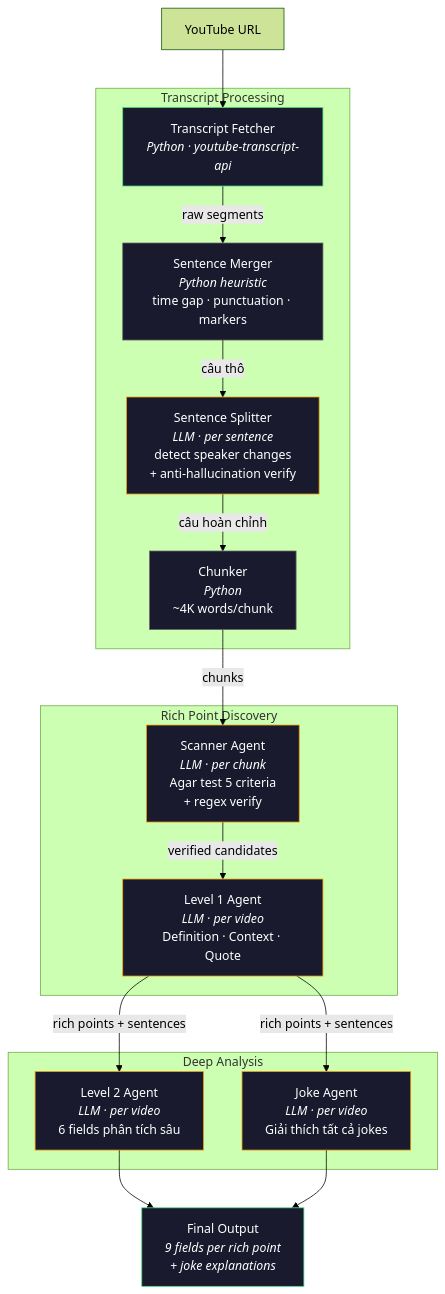
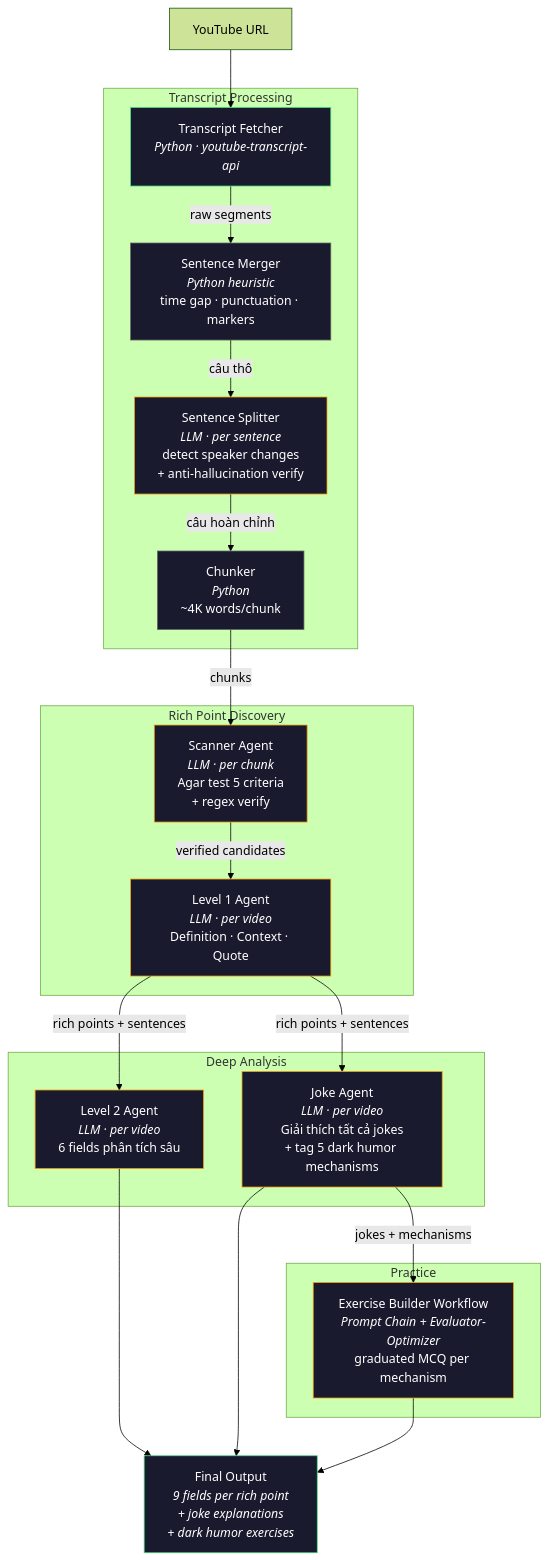
The diagram in readme.md (vietbach178-vn/ViVii-Agents), drawn with Mermaid (forest theme) before and after one commit. The commit also changed other lines of this file and 10 other files, not shown here.

First line of the commit message:
Add Exercise Builder Workflow for dark humor practice MCQs

````diff
--- a/readme.md
+++ b/readme.md
@@ -9,34 +9,40 @@
 ```mermaid
 flowchart TD
     A["YouTube URL"] --> B
 
     subgraph Transcript Processing
         B["Transcript Fetcher\n<i>Python · youtube-transcript-api</i>"]
         B -->|raw segments| C["Sentence Merger\n<i>Python heuristic</i>\ntime gap · punctuation · markers"]
         C -->|câu thô| D["Sentence Splitter\n<i>LLM · per sentence</i>\ndetect speaker changes\n+ anti-hallucination verify"]
         D -->|câu hoàn chỉnh| E["Chunker\n<i>Python</i>\n~4K words/chunk"]
     end
 
     subgraph Rich Point Discovery
         E -->|chunks| F["Scanner Agent\n<i>LLM · per chunk</i>\nAgar test 5 criteria\n+ regex verify"]
         F -->|verified candidates| G["Level 1 Agent\n<i>LLM · per video</i>\nDefinition · Context · Quote"]
     end
 
     subgraph Deep Analysis
         G -->|rich points + sentences| H["Level 2 Agent\n<i>LLM · per video</i>\n6 fields phân tích sâu"]
-        G -->|rich points + sentences| I["Joke Agent\n<i>LLM · per video</i>\nGiải thích tất cả jokes"]
+        G -->|rich points + sentences| I["Joke Agent\n<i>LLM · per video</i>\nGiải thích tất cả jokes\n+ tag 5 dark humor mechanisms"]
     end
 
-    H --> J["Final Output\n<i>9 fields per rich point\n+ joke explanations</i>"]
+    subgraph Practice
+        I -->|jokes + mechanisms| K["Exercise Builder Workflow\n<i>Prompt Chain + Evaluator-Optimizer</i>\ngraduated MCQ per mechanism"]
+    end
+
+    H --> J["Final Output\n<i>9 fields per rich point\n+ joke explanations\n+ dark humor exercises</i>"]
     I --> J
+    K --> J
 
     style B fill:#1a1a2e,stroke:#4ade80,color:#fff
     style C fill:#1a1a2e,stroke:#666,color:#fff
     style D fill:#1a1a2e,stroke:#f59e0b,color:#fff
     style E fill:#1a1a2e,stroke:#666,color:#fff
     style F fill:#1a1a2e,stroke:#f59e0b,color:#fff
     style G fill:#1a1a2e,stroke:#f59e0b,color:#fff
     style H fill:#1a1a2e,stroke:#f59e0b,color:#fff
     style I fill:#1a1a2e,stroke:#f59e0b,color:#fff
+    style K fill:#1a1a2e,stroke:#f59e0b,color:#fff
     style J fill:#1a1a2e,stroke:#4ade80,color:#fff
 ```
````
